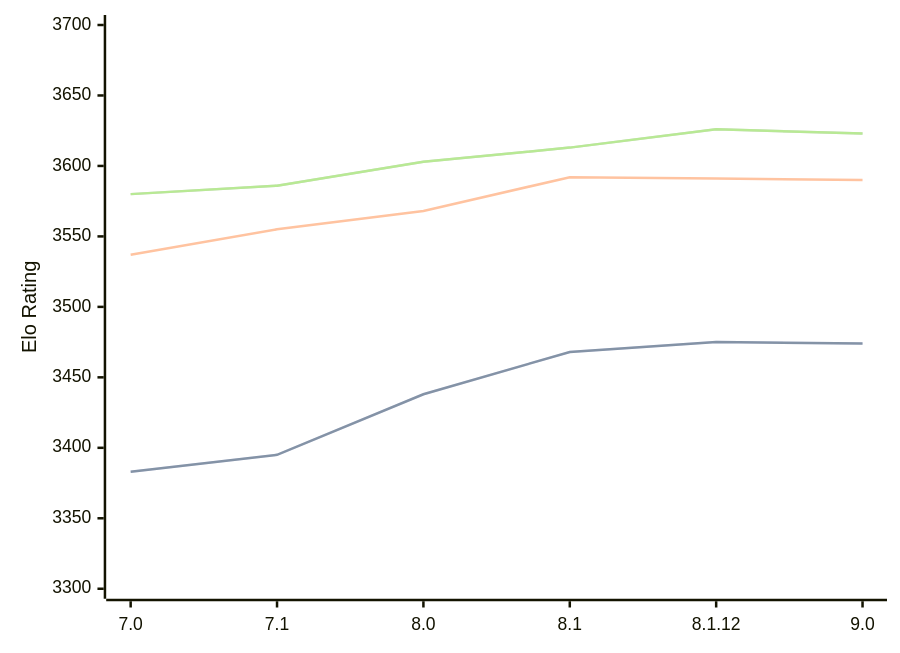
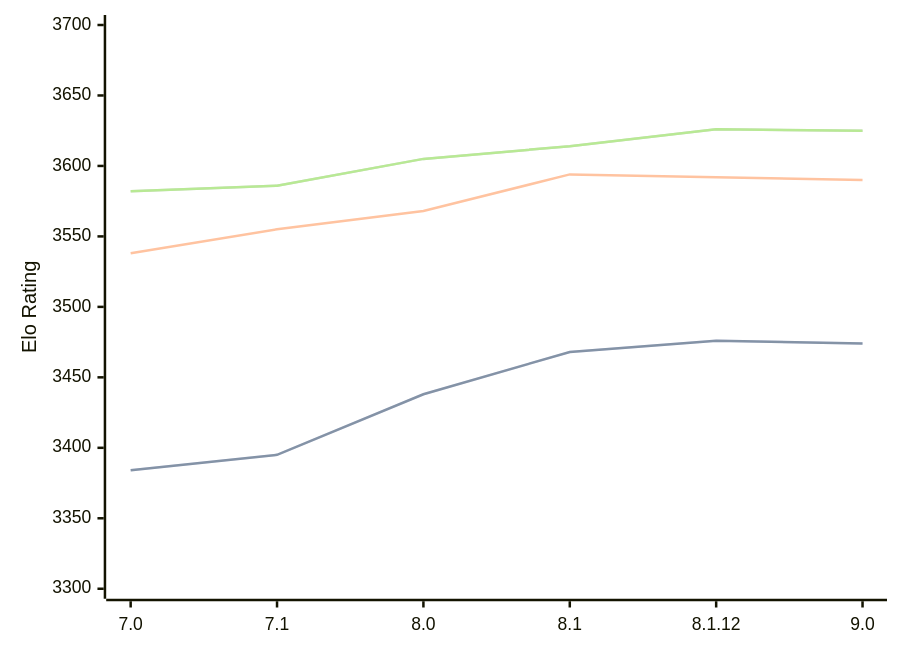
Before and after one commit to computer-chess-index/cci: the diagram in engines/Alexandria.md, drawn with Mermaid. The commit also changed other lines of this file, not shown here.

Commit message:
Update CCI Ratings (ELO VLTC) - 2026-05-14

````diff
--- a/engines/Alexandria.md
+++ b/engines/Alexandria.md
@@ -55,11 +55,11 @@
 ```mermaid
 %%{init: {"theme":"base","themeVariables":{"seriesColors:['#a3a3a3','#222221','#faa371']}}}%%
 xychart-beta
   x-axis ["7.0", "7.1", "8.0", "8.1", "8.1.12", "9.0"]
   y-axis "Elo Rating" 3300 --> 3700
-  line "STC (8.0+0.08s)" [3383, 3395, 3438, 3468, 3475, 3474]
-  line "STC (8.0+0.08s)" [3383, 3395, 3438, 3468, 3475, 3474]
-  line "LTC (60.0+0.60s)" [3537, 3555, 3568, 3592, 3591, 3590]
-  line "VLTC (2m24s+1.12s)" [3580, 3586, 3603, 3613, 3626, 3623]
-  line "VLTC (2m24s+1.12s)" [3580, 3586, 3603, 3613, 3626, 3623]
+  line "STC (8.0+0.08s)" [3384, 3395, 3438, 3468, 3476, 3474]
+  line "STC (8.0+0.08s)" [3384, 3395, 3438, 3468, 3476, 3474]
+  line "LTC (60.0+0.60s)" [3538, 3555, 3568, 3594, 3592, 3590]
+  line "VLTC (2m24s+1.12s)" [3582, 3586, 3605, 3614, 3626, 3625]
+  line "VLTC (2m24s+1.12s)" [3582, 3586, 3605, 3614, 3626, 3625]
 ```
````
